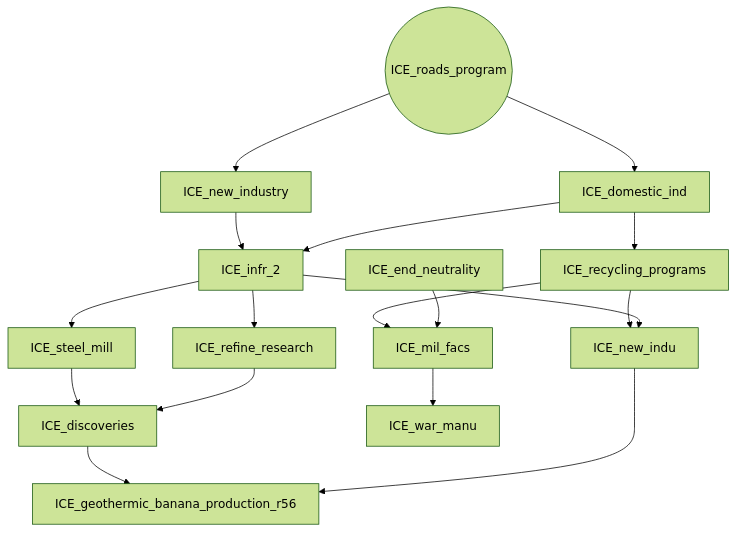
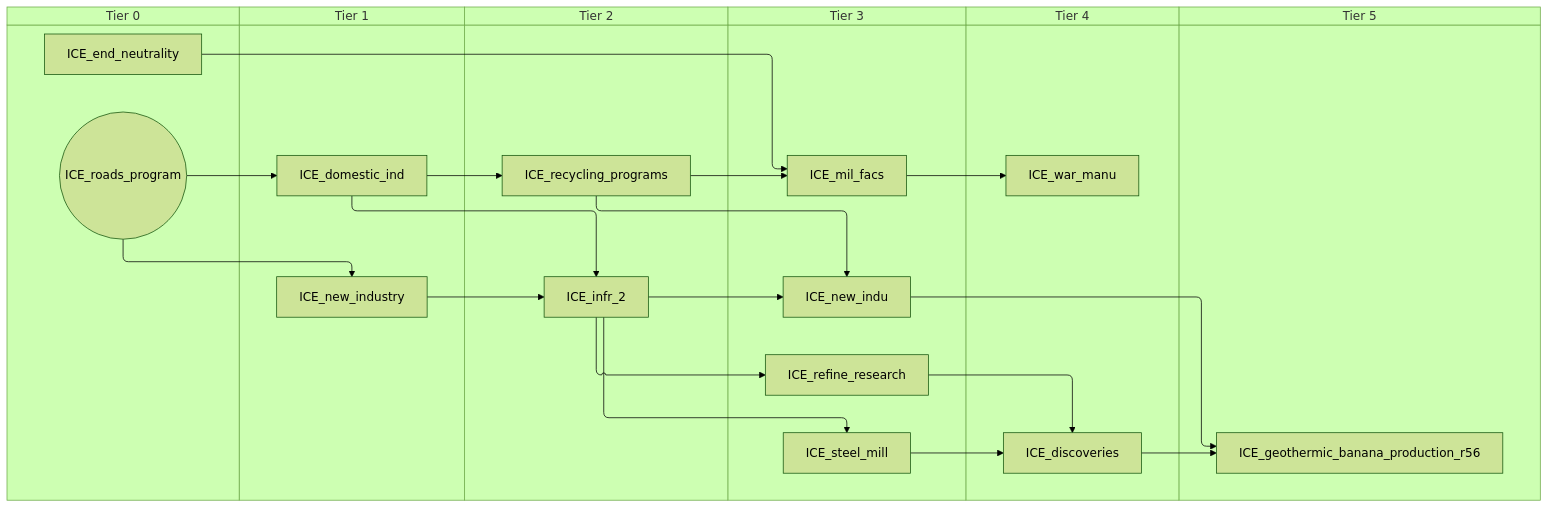
The fifth of 5 diagrams in docs/gdd/National Focuses/r56_iceland.md (evgeny-sobol/hoi4-sandbox-mode-r56), drawn with Mermaid (forest theme) before and after one commit. The commit also changed other lines of this file and 423 other files, not shown here.

First line of the commit message:
Re-export Rt56 focus trees as swimlane diagrams

````diff
--- a/docs/gdd/National Focuses/r56_iceland.md
+++ b/docs/gdd/National Focuses/r56_iceland.md
@@ -284,32 +340,44 @@
 ```mermaid
-flowchart TD
-    n75["ICE_discoveries"]
-    n76["ICE_domestic_ind"]
-    n26["ICE_end_neutrality"]
-    n77["ICE_geothermic_banana_production_r56"]
-    n78["ICE_infr_2"]
-    n41["ICE_mil_facs"]
-    n79["ICE_new_indu"]
-    n80["ICE_new_industry"]
-    n43["ICE_recycling_programs"]
-    n81["ICE_refine_research"]
-    n82(("ICE_roads_program"))
-    n83["ICE_steel_mill"]
-    n52["ICE_war_manu"]
-    n83 --> n75
-    n81 --> n75
-    n82 --> n76
+swimlane-beta TD
+    subgraph tier_0["Tier 0"]
+        n21["ICE_end_neutrality"]
+        n75(("ICE_roads_program"))
+    end
+    subgraph tier_1["Tier 1"]
+        n76["ICE_domestic_ind"]
+        n77["ICE_new_industry"]
+    end
+    subgraph tier_2["Tier 2"]
+        n78["ICE_infr_2"]
+        n19["ICE_recycling_programs"]
+    end
+    subgraph tier_3["Tier 3"]
+        n32["ICE_mil_facs"]
+        n79["ICE_new_indu"]
+        n80["ICE_refine_research"]
+        n81["ICE_steel_mill"]
+    end
+    subgraph tier_4["Tier 4"]
+        n82["ICE_discoveries"]
+        n36["ICE_war_manu"]
+    end
+    subgraph tier_5["Tier 5"]
+        n83["ICE_geothermic_banana_production_r56"]
+    end
+    n81 --> n82
+    n80 --> n82
+    n75 --> n76
+    n82 --> n83
+    n79 --> n83
+    n77 --> n78
+    n76 --> n78
+    n19 --> n32
+    n21 --> n32
+    n19 --> n79
+    n78 --> n79
     n75 --> n77
-    n79 --> n77
-    n80 --> n78
-    n76 --> n78
-    n43 --> n41
-    n26 --> n41
-    n43 --> n79
-    n78 --> n79
-    n82 --> n80
-    n76 --> n43
+    n76 --> n19
+    n78 --> n80
     n78 --> n81
-    n78 --> n83
-    n41 --> n52
+    n32 --> n36
 ```
````
